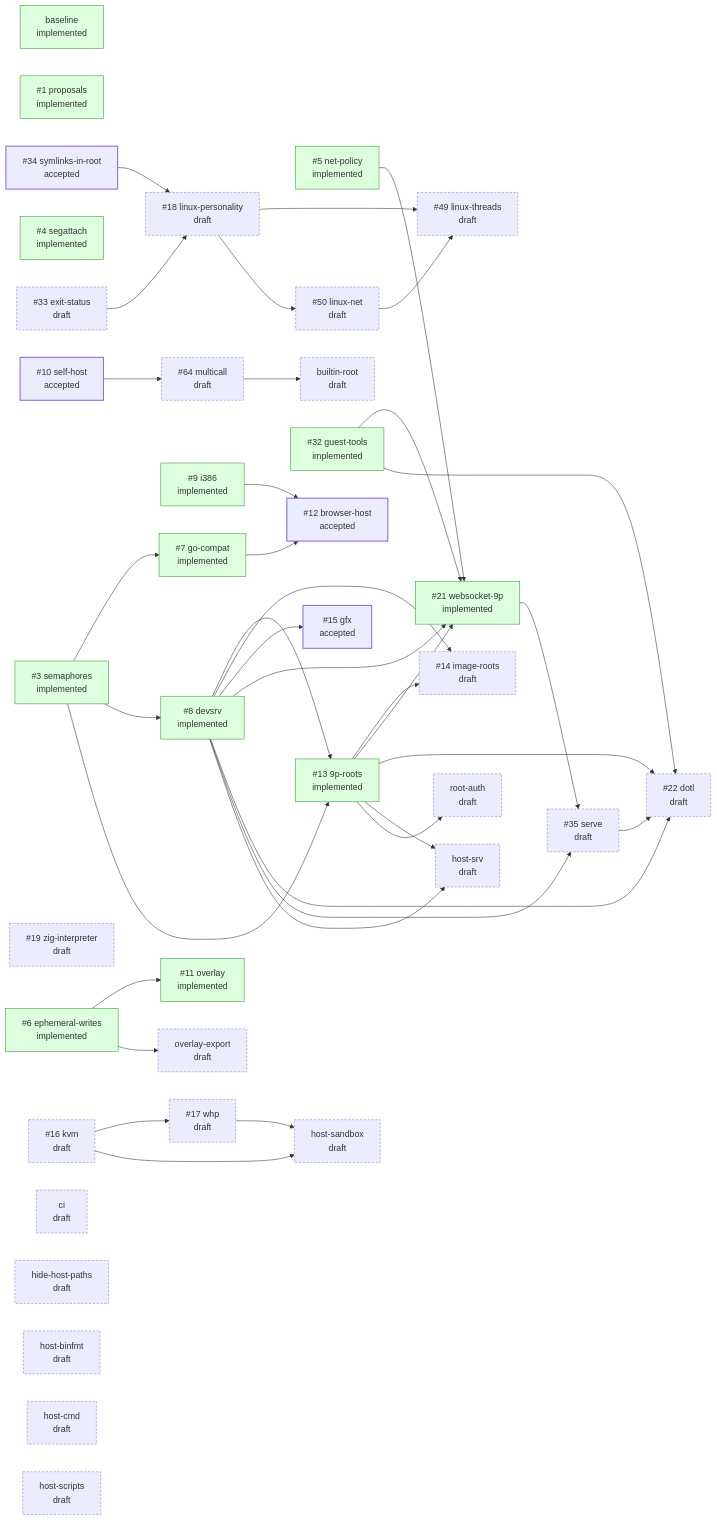
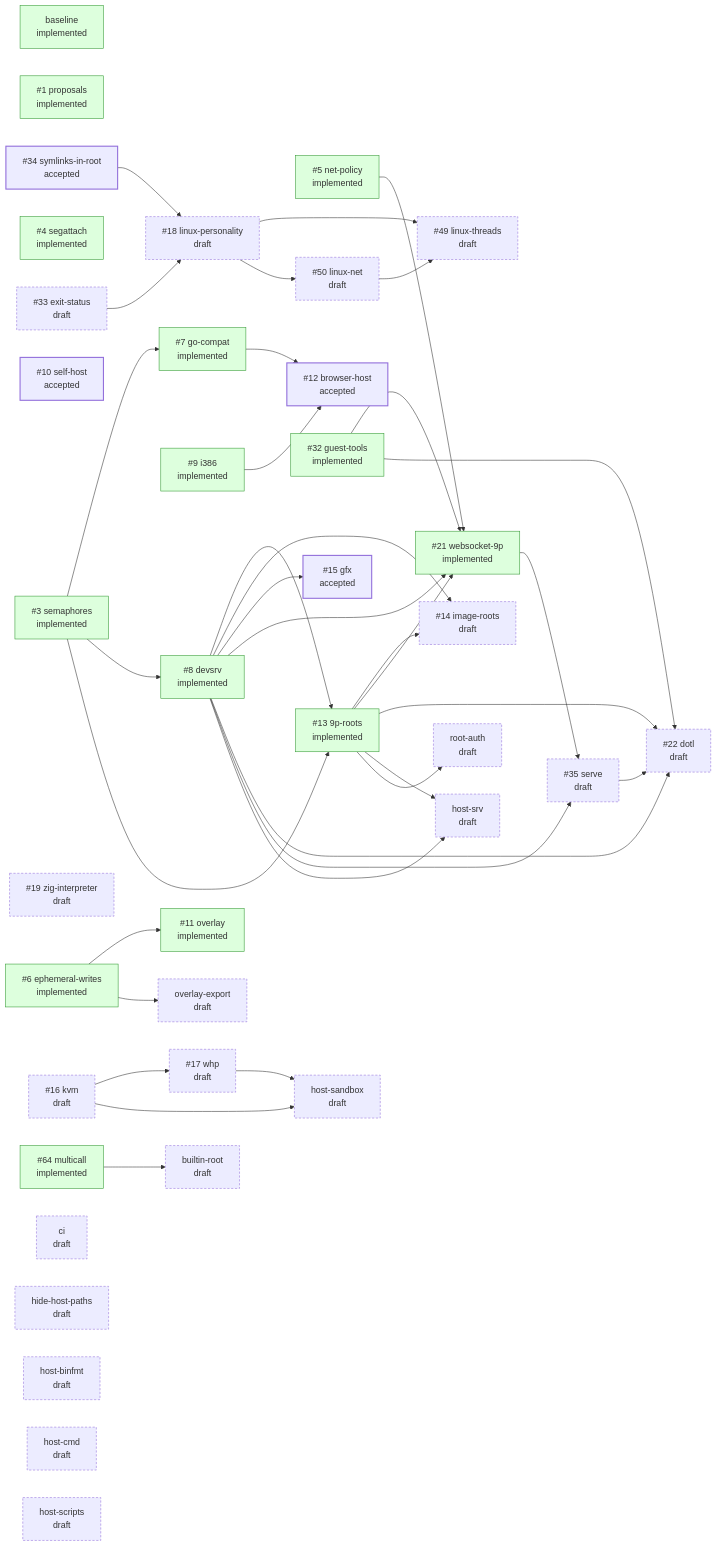
Before and after one commit to progrium/hyper9: the diagram in README.md, drawn with Mermaid. The commit also changed other lines of this file and 1 other file, not shown here.

First line of the commit message:
design: mark multicall implemented

````diff
--- a/README.md
+++ b/README.md
@@ -56,79 +56,78 @@
 ```mermaid
 flowchart LR
   classDef draft stroke-dasharray: 4 3
   classDef accepted stroke-width: 2px
   classDef implemented fill:#dfd,stroke:#393
   classDef closed fill:#eee,stroke:#999,color:#777
   p_baseline["baseline<br/>implemented"]:::implemented
   p_proposals["#35;1 proposals<br/>implemented"]:::implemented
   p_semaphores["#35;3 semaphores<br/>implemented"]:::implemented
   p_segattach["#35;4 segattach<br/>implemented"]:::implemented
   p_net_policy["#35;5 net-policy<br/>implemented"]:::implemented
   p_ephemeral_writes["#35;6 ephemeral-writes<br/>implemented"]:::implemented
   p_go_compat["#35;7 go-compat<br/>implemented"]:::implemented
   p_devsrv["#35;8 devsrv<br/>implemented"]:::implemented
   p_i386["#35;9 i386<br/>implemented"]:::implemented
   p_self_host["#35;10 self-host<br/>accepted"]:::accepted
   p_overlay["#35;11 overlay<br/>implemented"]:::implemented
   p_browser_host["#35;12 browser-host<br/>accepted"]:::accepted
   p_9p_roots["#35;13 9p-roots<br/>implemented"]:::implemented
   p_image_roots["#35;14 image-roots<br/>draft"]:::draft
   p_gfx["#35;15 gfx<br/>accepted"]:::accepted
   p_kvm["#35;16 kvm<br/>draft"]:::draft
   p_whp["#35;17 whp<br/>draft"]:::draft
   p_linux_personality["#35;18 linux-personality<br/>draft"]:::draft
   p_zig_interpreter["#35;19 zig-interpreter<br/>draft"]:::draft
   p_websocket_9p["#35;21 websocket-9p<br/>implemented"]:::implemented
   p_dotl["#35;22 dotl<br/>draft"]:::draft
   p_guest_tools["#35;32 guest-tools<br/>implemented"]:::implemented
   p_exit_status["#35;33 exit-status<br/>draft"]:::draft
   p_symlinks_in_root["#35;34 symlinks-in-root<br/>accepted"]:::accepted
   p_serve["#35;35 serve<br/>draft"]:::draft
   p_linux_threads["#35;49 linux-threads<br/>draft"]:::draft
   p_linux_net["#35;50 linux-net<br/>draft"]:::draft
-  p_multicall["#35;64 multicall<br/>draft"]:::draft
+  p_multicall["#35;64 multicall<br/>implemented"]:::implemented
   p_builtin_root["builtin-root<br/>draft"]:::draft
   p_ci["ci<br/>draft"]:::draft
   p_hide_host_paths["hide-host-paths<br/>draft"]:::draft
   p_host_binfmt["host-binfmt<br/>draft"]:::draft
   p_host_cmd["host-cmd<br/>draft"]:::draft
   p_host_sandbox["host-sandbox<br/>draft"]:::draft
   p_host_scripts["host-scripts<br/>draft"]:::draft
   p_host_srv["host-srv<br/>draft"]:::draft
   p_overlay_export["overlay-export<br/>draft"]:::draft
   p_root_auth["root-auth<br/>draft"]:::draft
   p_semaphores --> p_go_compat
   p_semaphores --> p_devsrv
   p_ephemeral_writes --> p_overlay
   p_go_compat --> p_browser_host
   p_i386 --> p_browser_host
   p_semaphores --> p_9p_roots
   p_devsrv --> p_9p_roots
   p_devsrv --> p_image_roots
   p_9p_roots --> p_image_roots
   p_devsrv --> p_gfx
   p_kvm --> p_whp
   p_symlinks_in_root --> p_linux_personality
   p_exit_status --> p_linux_personality
   p_net_policy --> p_websocket_9p
   p_devsrv --> p_websocket_9p
   p_9p_roots --> p_websocket_9p
   p_guest_tools --> p_websocket_9p
   p_devsrv --> p_dotl
   p_9p_roots --> p_dotl
   p_serve --> p_dotl
   p_guest_tools --> p_dotl
   p_devsrv --> p_serve
   p_websocket_9p --> p_serve
   p_linux_personality --> p_linux_threads
   p_linux_net --> p_linux_threads
   p_linux_personality --> p_linux_net
-  p_self_host --> p_multicall
   p_multicall --> p_builtin_root
   p_kvm --> p_host_sandbox
   p_whp --> p_host_sandbox
   p_devsrv --> p_host_srv
   p_9p_roots --> p_host_srv
   p_ephemeral_writes --> p_overlay_export
   p_9p_roots --> p_root_auth
 ```
````
